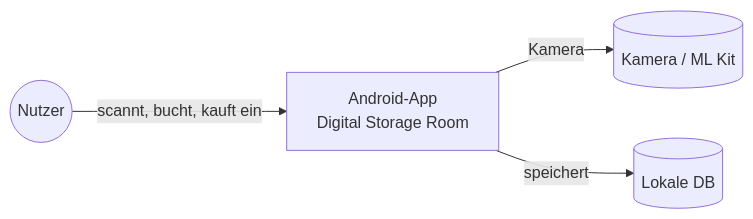
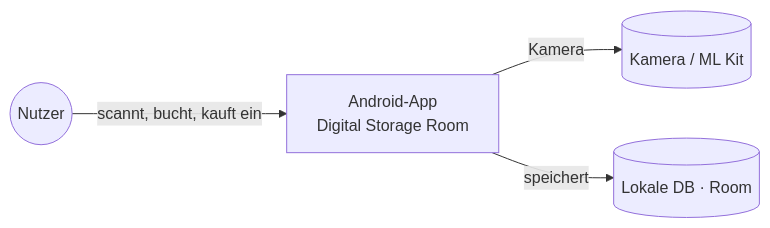
One commit to Moses20/DigitalStorageRoom changed the first of 7 diagrams in docs/architecture.md. Above: the diagram before and after it, drawn with Mermaid. The commit also changed other lines of this file, not shown here.

Commit message:
Digital Storage Room – Architektur version 0.2

````diff
--- a/docs/architecture.md
+++ b/docs/architecture.md
@@ -35,6 +34,6 @@
 ```mermaid
 flowchart LR
     N((Nutzer)) -- scannt, bucht, kauft ein --> App[Android-App<br/>Digital Storage Room]
     App -- Kamera --> Cam[(Kamera / ML Kit)]
-    App -- speichert --> DB[(Lokale DB)]
+    App -- speichert --> DB[(Lokale DB · Room)]
 ```
````
